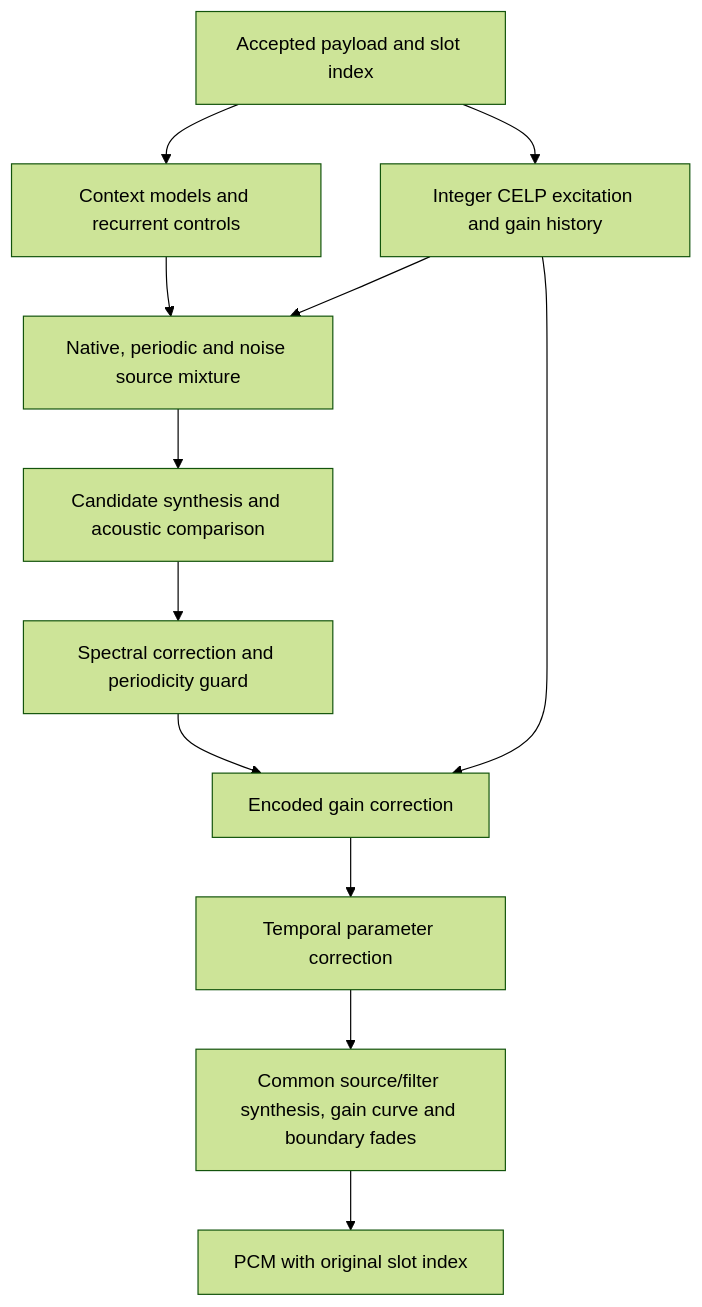
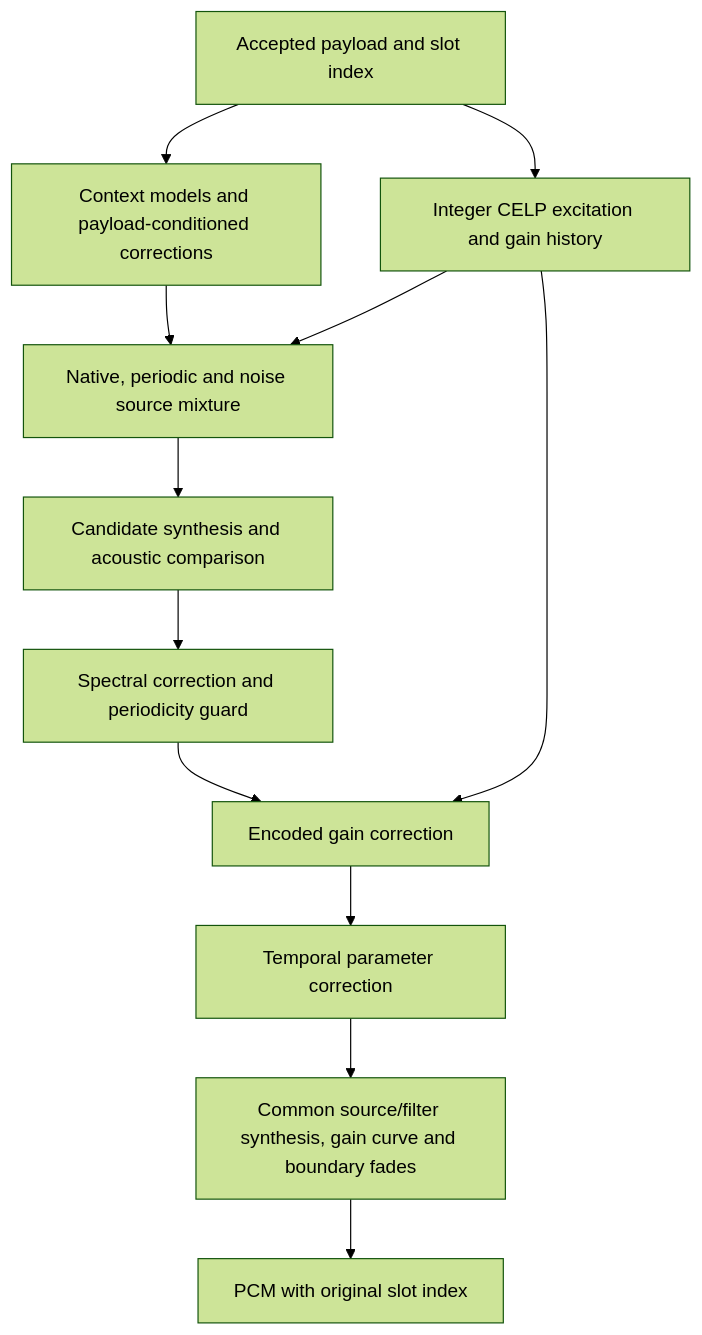
One commit to bi119aTe5hXk/jr-conventional-line-radio-receiver changed the diagram in crates/jr-voice/README.md. Above: the diagram before and after it, drawn with Mermaid (forest theme). The commit also changed other lines of this file and 1 other file, not shown here.

````diff
--- a/crates/jr-voice/README.md
+++ b/crates/jr-voice/README.md
@@ -39,14 +39,14 @@
 ```mermaid
 flowchart TD
-    A["Accepted payload and slot index"] --> B["Context models and recurrent controls"]
+    A["Accepted payload and slot index"] --> B["Context models and payload-conditioned corrections"]
     A --> C["Integer CELP excitation and gain history"]
     B --> D["Native, periodic and noise source mixture"]
     C --> D
     D --> E["Candidate synthesis and acoustic comparison"]
     E --> F["Spectral correction and periodicity guard"]
     C --> G["Encoded gain correction"]
     F --> G
     G --> H["Temporal parameter correction"]
     H --> I["Common source/filter synthesis, gain curve and boundary fades"]
     I --> J["PCM with original slot index"]
 ```
````
